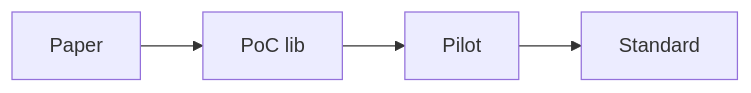
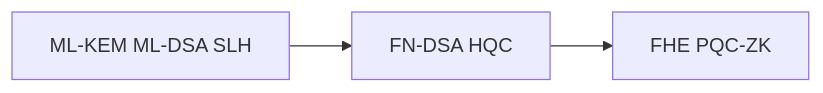
One commit to kalyogyogi-ui/Ai-check- changed the second of 2 diagrams in manuscript/chapters/22-future-directions.md. Above: the diagram before and after it, drawn with Mermaid. The commit also changed other lines of this file and 31 other files, not shown here.

First line of the commit message:
Fix figure placement: in-section after intro text, repair corrupted headings

````diff
--- a/manuscript/chapters/22-future-directions.md
+++ b/manuscript/chapters/22-future-directions.md
@@ -27,6 +187,5 @@
 ```mermaid
 flowchart LR
-  Paper[Paper] --> PoC[PoC lib]
-  PoC --> Pilot[Pilot]
-  Pilot --> Std[Standard]
+  NOW[ML-KEM ML-DSA SLH] --> NEAR[FN-DSA HQC]
+  NEAR --> LAB[FHE PQC-ZK]
 ```
````
